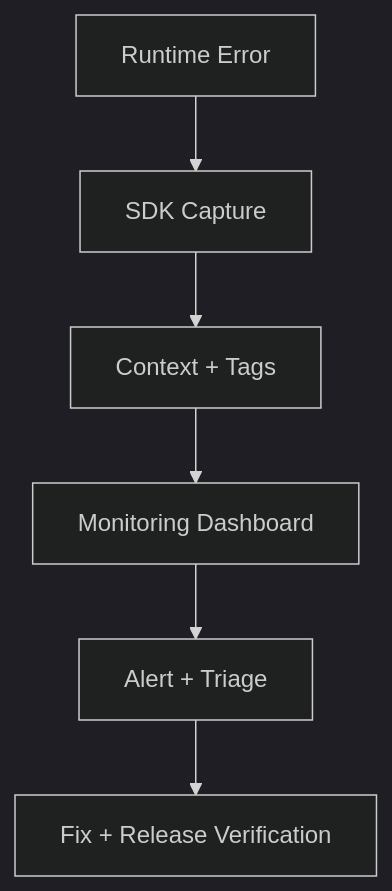
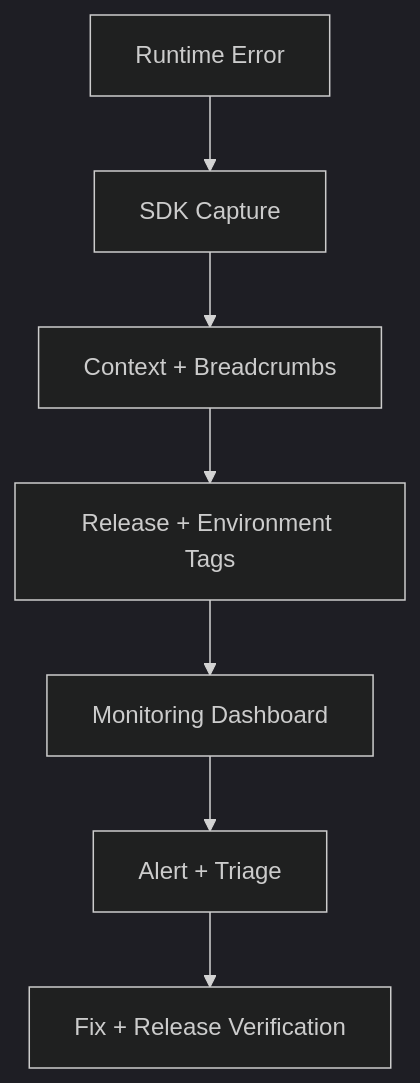
The diagram in tutorial-platform/public/tutorials/react/day-071-error-monitoring.md (kaushalkumar8459/CodingTerminal-Tutorial-Notes), drawn with Mermaid (dark theme) before and after one commit. The commit also changed other lines of this file, not shown here.

Commit message:
Enhance Day 71 error monitoring content without changing structure

````diff
--- a/tutorial-platform/public/tutorials/react/day-071-error-monitoring.md
+++ b/tutorial-platform/public/tutorials/react/day-071-error-monitoring.md
@@ -171,8 +207,9 @@
 ```mermaid
 flowchart TD
 		A[Runtime Error] --> B[SDK Capture]
-		B --> C[Context + Tags]
-		C --> D[Monitoring Dashboard]
-		D --> E[Alert + Triage]
-		E --> F[Fix + Release Verification]
+		B --> C[Context + Breadcrumbs]
+		C --> D[Release + Environment Tags]
+		D --> E[Monitoring Dashboard]
+		E --> F[Alert + Triage]
+		F --> G[Fix + Release Verification]
 ```
````
